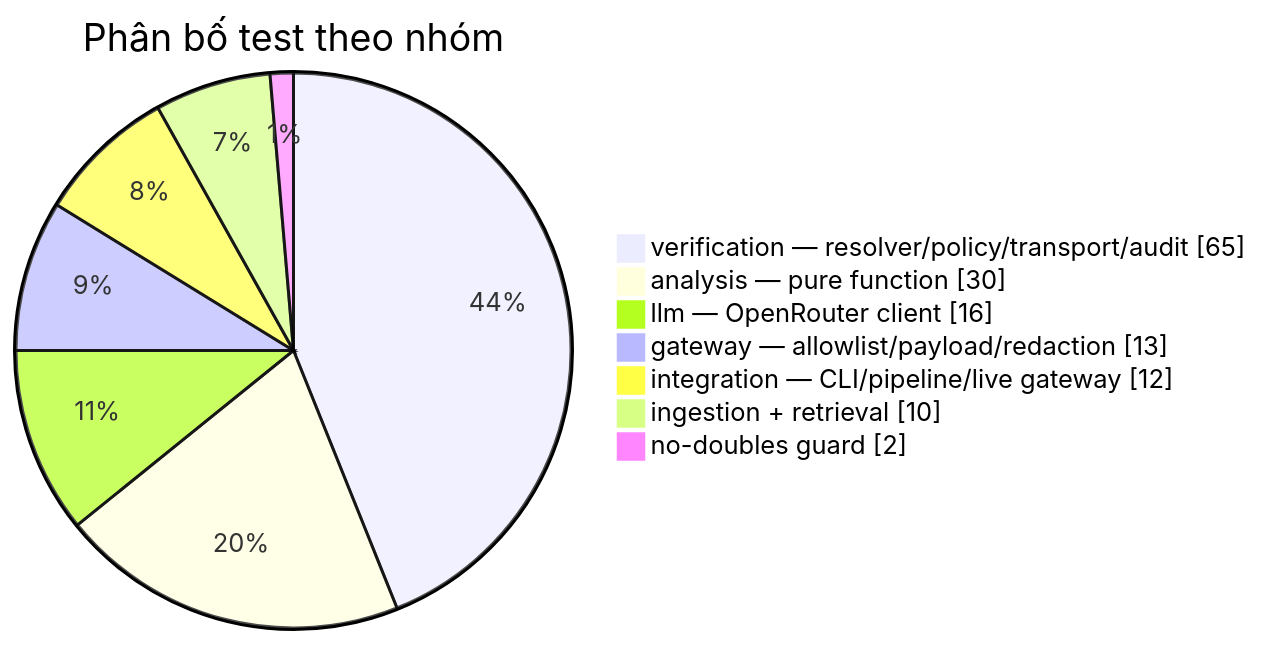
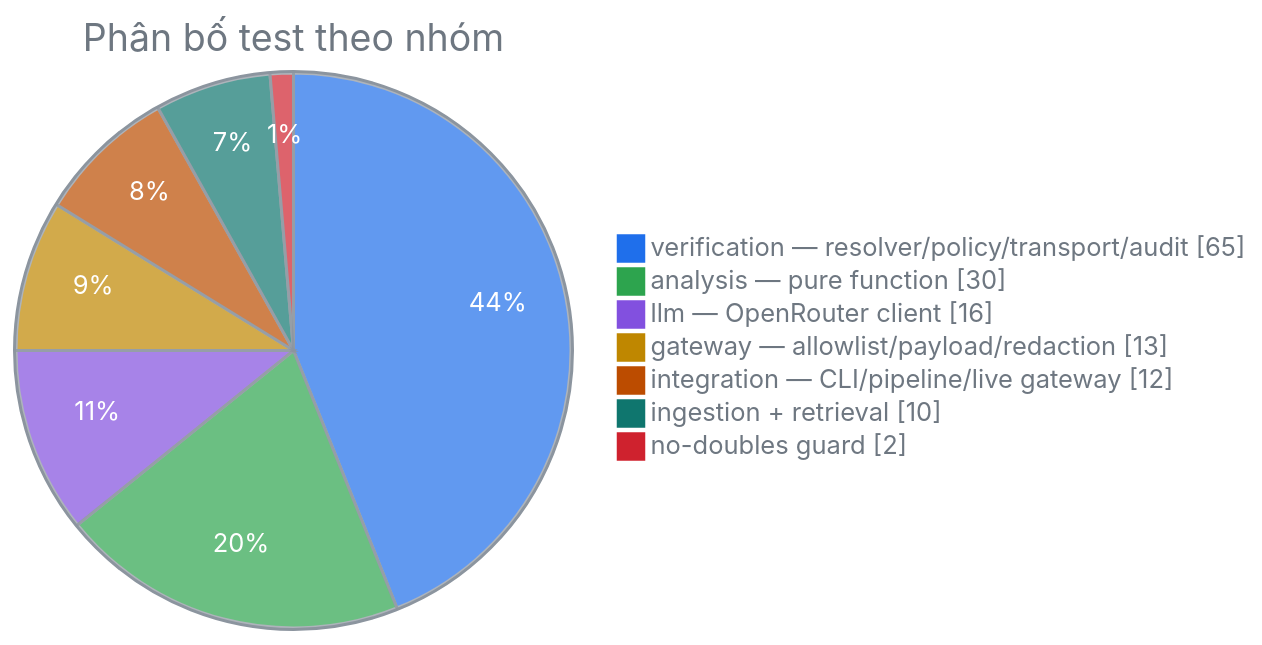
Before and after one commit to longngx04/2026-07-29_NguyenDinhBaoLong_Week4: the third of 3 diagrams in reports/week-04/report.md, drawn with Mermaid. The commit also changed other lines of this file, not shown here.

Commit message:
docs(week4): pin mermaid pie palette so charts render in both GitHub themes
GitHub swaps the mermaid theme with the reader's light/dark mode, so the pie
charts fell back to a palette whose slice labels were unreadable. Pin theme
"base" with explicit slice colors and white in-slice text, which renders the
same either way.

````diff
--- a/reports/week-04/report.md
+++ b/reports/week-04/report.md
@@ -201,10 +206,16 @@
 ```mermaid
+%%{init: {"theme":"base","themeVariables":{
+  "pie1":"#1f6feb","pie2":"#2da44e","pie3":"#8250df","pie4":"#bf8700",
+  "pie5":"#bc4c00","pie6":"#0f766e","pie7":"#cf222e",
+  "pieTitleTextColor":"#6e7781","pieLegendTextColor":"#6e7781",
+  "pieSectionTextColor":"#ffffff","pieStrokeColor":"#8c959f","pieOuterStrokeColor":"#8c959f"
+}}}%%
 pie showData title Phân bố test theo nhóm
     "verification — resolver/policy/transport/audit" : 65
     "analysis — pure function" : 30
     "llm — OpenRouter client" : 16
     "gateway — allowlist/payload/redaction" : 13
     "integration — CLI/pipeline/live gateway" : 12
     "ingestion + retrieval" : 10
     "no-doubles guard" : 2
 ```
````
